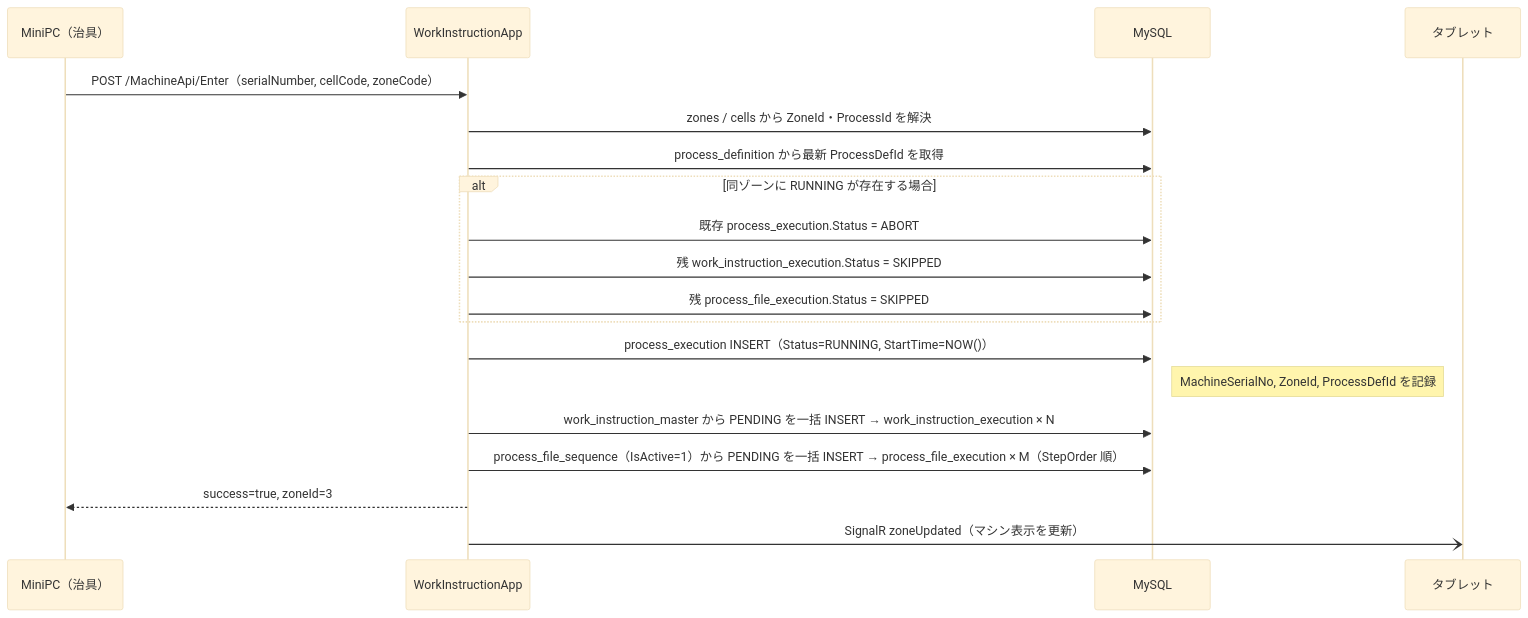
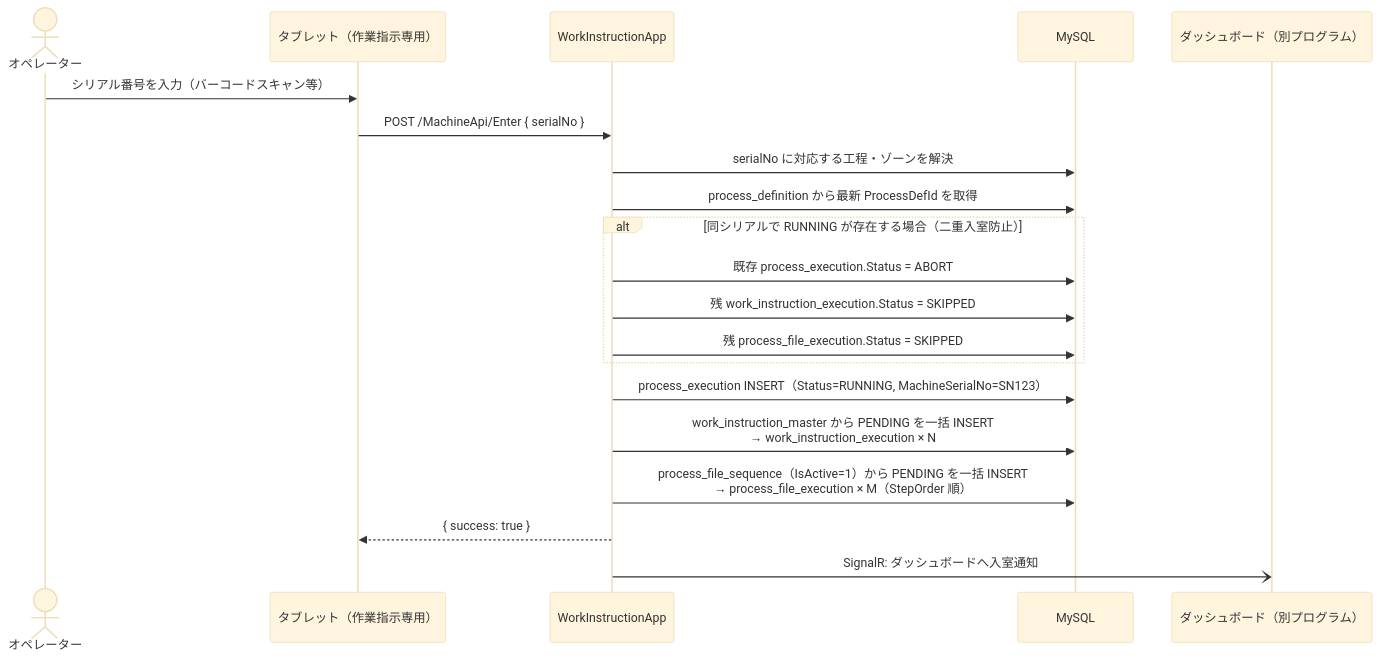
One commit to namagi14-lab/spica-warranty-design changed the third of 9 diagrams in docs/07_system_design.md. Above: the diagram before and after it, drawn with Mermaid (base theme). The commit also changed other lines of this file, not shown here.

````diff
--- a/docs/07_system_design.md
+++ b/docs/07_system_design.md
@@ -128,27 +129,27 @@
 ```mermaid
 sequenceDiagram
-    participant MiniPC as MiniPC（治具）
+    actor Op as オペレーター
+    participant Tablet as タブレット（作業指示専用）
     participant App as WorkInstructionApp
     participant DB as MySQL
-    participant Tablet as タブレット
+    participant Dash as ダッシュボード（別プログラム）
 
-    MiniPC->>App: POST /MachineApi/Enter（serialNumber, cellCode, zoneCode）
+    Op->>Tablet: シリアル番号を入力（バーコードスキャン等）
+    Tablet->>App: POST /MachineApi/Enter { serialNo }
 
-    App->>DB: zones / cells から ZoneId・ProcessId を解決
+    App->>DB: serialNo に対応する工程・ゾーンを解決
     App->>DB: process_definition から最新 ProcessDefId を取得
 
-    alt 同ゾーンに RUNNING が存在する場合
+    alt 同シリアルで RUNNING が存在する場合（二重入室防止）
         App->>DB: 既存 process_execution.Status = ABORT
         App->>DB: 残 work_instruction_execution.Status = SKIPPED
         App->>DB: 残 process_file_execution.Status = SKIPPED
     end
 
-    App->>DB: process_execution INSERT（Status=RUNNING, StartTime=NOW()）
-    Note right of DB: MachineSerialNo, ZoneId, ProcessDefId を記録
+    App->>DB: process_execution INSERT（Status=RUNNING, MachineSerialNo=SN123）
+    App->>DB: work_instruction_master から PENDING を一括 INSERT<br/>→ work_instruction_execution × N
+    App->>DB: process_file_sequence（IsActive=1）から PENDING を一括 INSERT<br/>→ process_file_execution × M（StepOrder 順）
 
-    App->>DB: work_instruction_master から PENDING を一括 INSERT → work_instruction_execution × N
-    App->>DB: process_file_sequence（IsActive=1）から PENDING を一括 INSERT → process_file_execution × M（StepOrder 順）
-
-    App-->>MiniPC: success=true, zoneId=3
-    App-)Tablet: SignalR zoneUpdated（マシン表示を更新）
+    App-->>Tablet: { success: true }
+    App-)Dash: SignalR: ダッシュボードへ入室通知
 ```
````
